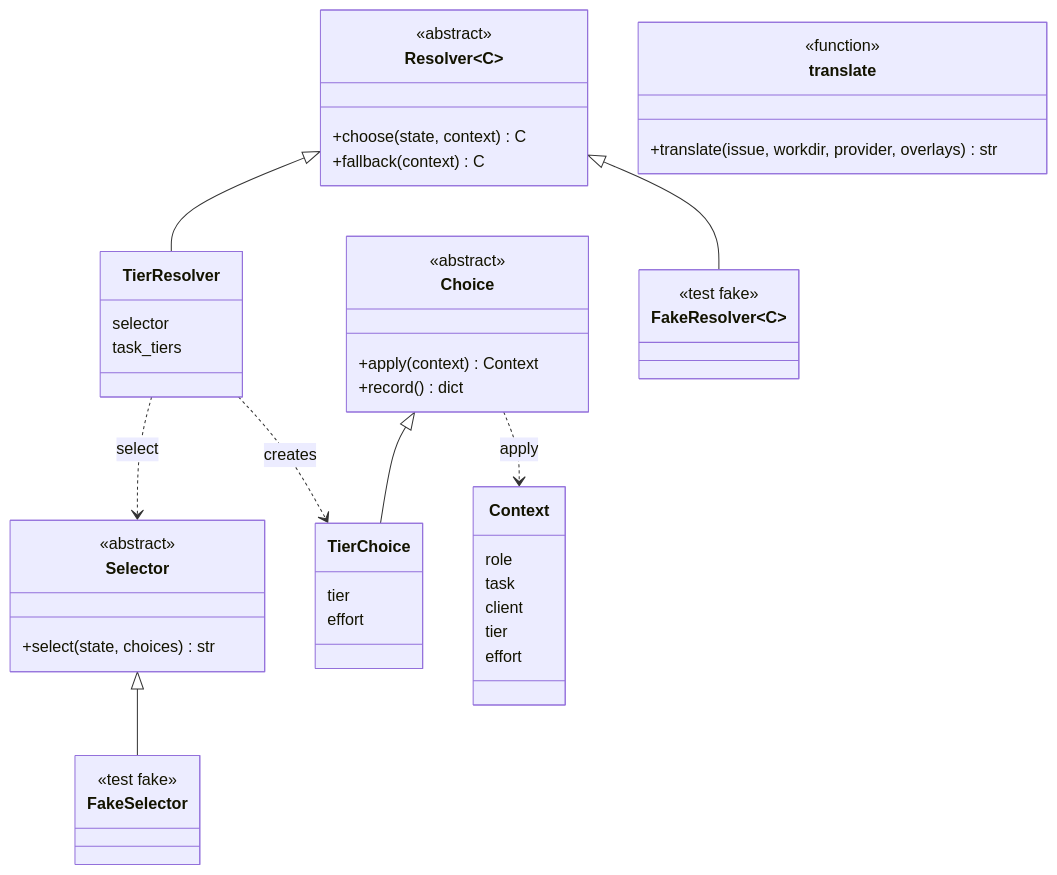
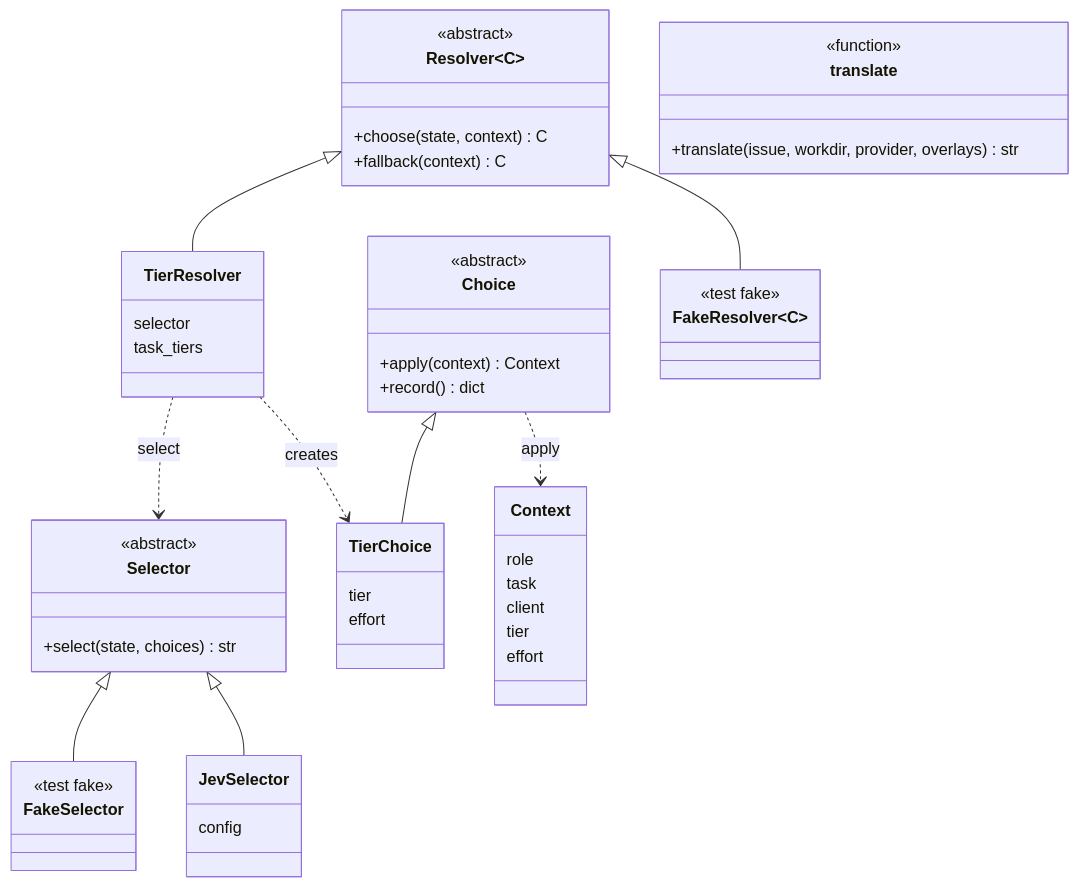
One commit to ophis/agent-pm changed the second of 2 diagrams in docs/architecture.md. Above: the diagram before and after it, drawn with Mermaid. The commit also changed other lines of this file and 13 other files, not shown here.

First line of the commit message:
TASK-744: Selector 实现：Jev (#497)

````diff
--- a/docs/architecture.md
+++ b/docs/architecture.md
@@ -90,50 +91,54 @@
 ```mermaid
 classDiagram
   direction TB
   class Selector {
     <<abstract>>
     +select(state, choices) str
   }
   class FakeSelector {
     <<test fake>>
+  }
+  class JevSelector {
+    config
   }
   class Choice {
     <<abstract>>
     +apply(context) Context
     +record() dict
   }
   class Resolver~C~ {
     <<abstract>>
     +choose(state, context) C
     +fallback(context) C
   }
   class TierChoice {
     tier
     effort
   }
   class TierResolver {
     selector
     task_tiers
   }
   class FakeResolver~C~ {
     <<test fake>>
   }
   class Context {
     role
     task
     client
     tier
     effort
   }
   class translate {
     <<function>>
     +translate(issue, workdir, provider, overlays) str
   }
   Selector <|-- FakeSelector
+  Selector <|-- JevSelector
   Choice <|-- TierChoice
   Resolver <|-- TierResolver
   Resolver <|-- FakeResolver
   TierResolver ..> TierChoice : creates
   TierResolver ..> Selector : select
   Choice ..> Context : apply
 ```
````
